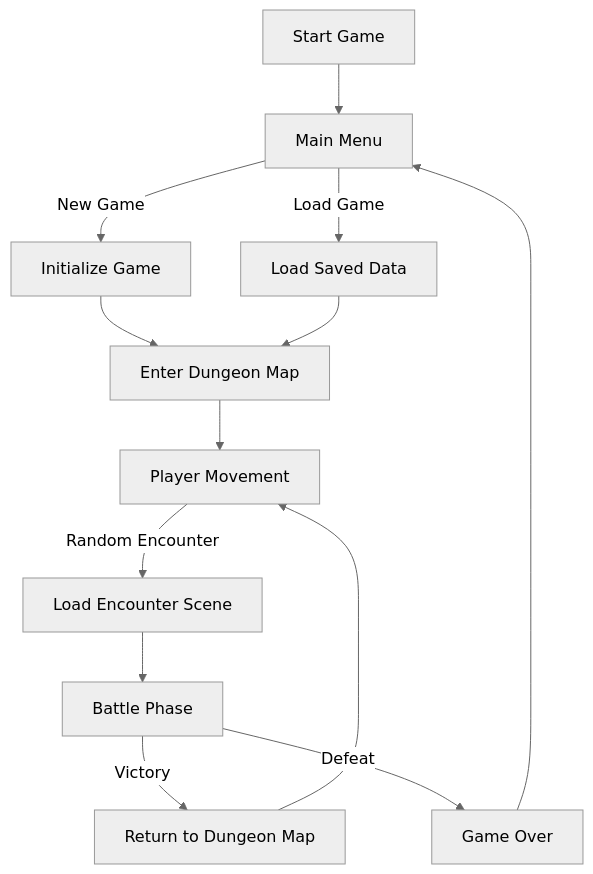
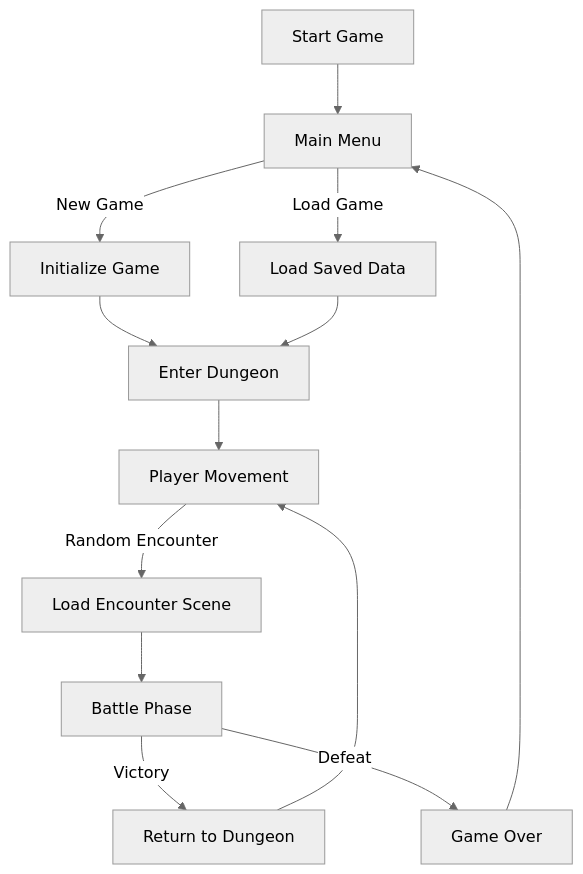
The first of 2 diagrams in README.md (DanCrayne/first-person-grid-rpg-proto), drawn with Mermaid (neutral theme) before and after one commit. The commit also changed other lines of this file, not shown here.

````diff
--- a/README.md
+++ b/README.md
@@ -38,15 +39,15 @@
 ```mermaid
 graph TD
     A[Start Game] --> B[Main Menu]
     B --> |New Game | C[Initialize Game]
     B --> |Load Game | D[Load Saved Data]
-    C --> E[Enter Dungeon Map]
-    D --> E[Enter Dungeon Map]
+    C --> E[Enter Dungeon]
+    D --> E[Enter Dungeon]
     E --> F[Player Movement]
     F --> |Random Encounter| G[Load Encounter Scene]
     G --> H[Battle Phase]
-    H --> |Victory| I[Return to Dungeon Map]
+    H --> |Victory| I[Return to Dungeon]
     H --> |Defeat| J[Game Over]
     I --> F
     J --> B
 ```
````
